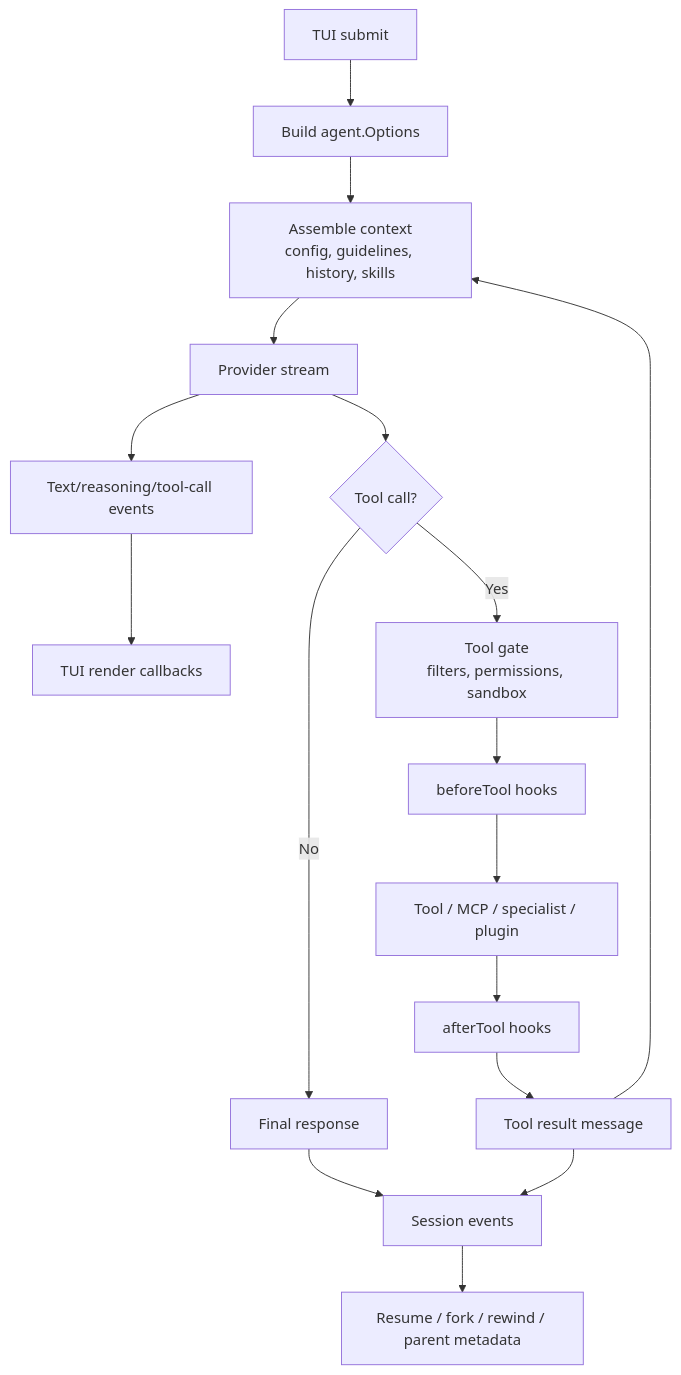
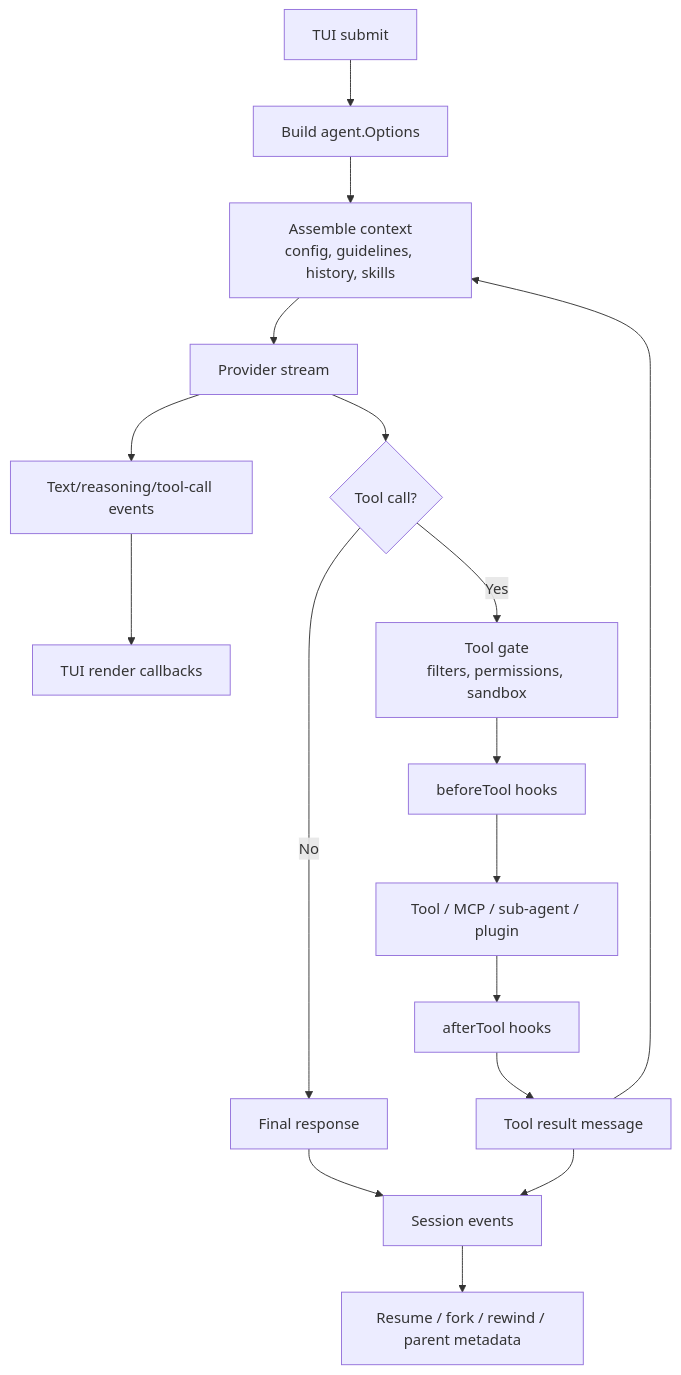
Diagram 11 of 16 in docs/HOW_KAJICODE_WORKS.md (dishant0406/KajiCode), drawn with Mermaid before and after one commit. The commit also changed other lines of this file and 136 other files, not shown here.

````diff
--- a/docs/HOW_KAJICODE_WORKS.md
+++ b/docs/HOW_KAJICODE_WORKS.md
@@ -622,21 +622,21 @@
 ```mermaid
 flowchart TD
     Submit[TUI submit] --> Options[Build agent.Options]
     Options --> Context[Assemble context<br/>config, guidelines, history, skills]
     Context --> ProviderCall[Provider stream]
     ProviderCall --> StreamEvents[Text/reasoning/tool-call events]
     StreamEvents --> Render[TUI render callbacks]
 
     ProviderCall --> ToolCall{Tool call?}
     ToolCall -- No --> Final[Final response]
     ToolCall -- Yes --> ToolGate[Tool gate<br/>filters, permissions, sandbox]
     ToolGate --> HooksBefore[beforeTool hooks]
-    HooksBefore --> Execute[Tool / MCP / specialist / plugin]
+    HooksBefore --> Execute[Tool / MCP / sub-agent / plugin]
     Execute --> HooksAfter[afterTool hooks]
     HooksAfter --> ToolResult[Tool result message]
     ToolResult --> Persist[Session events]
     ToolResult --> Context
 
     Final --> Persist
     Persist --> Resume[Resume / fork / rewind / parent metadata]
 ```
````
